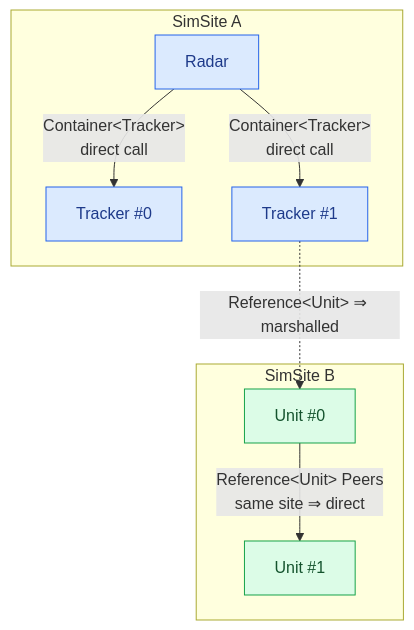
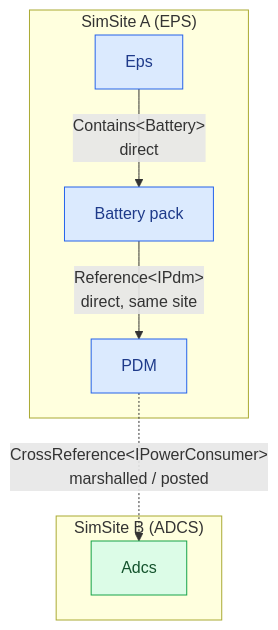
The diagram in public/content/associations.md (SimulaSharp-org/simulasharp-docs), drawn with Mermaid before and after one commit. The commit also changed other lines of this file and 8 other files, not shown here.

First line of the commit message:
docs: reference model v3 — [Reference]/[CrossReference] split + Ref taxonomy

````diff
--- a/public/content/associations.md
+++ b/public/content/associations.md
@@ -34,20 +34,18 @@
 ```mermaid
 graph TB
-  subgraph siteA ["SimSite A"]
-    Radar["Radar"]
-    T0["Tracker #0"]
-    T1["Tracker #1"]
-    Radar -->|"Container&lt;Tracker&gt;<br/>direct call"| T0
-    Radar -->|"Container&lt;Tracker&gt;<br/>direct call"| T1
+  subgraph siteA ["SimSite A (EPS)"]
+    Eps["Eps"]
+    Bp["Battery pack"]
+    Pdm["PDM"]
+    Eps -->|"Contains&lt;Battery&gt;<br/>direct"| Bp
+    Bp -->|"Reference&lt;IPdm&gt;<br/>direct, same site"| Pdm
   end
-  subgraph siteB ["SimSite B"]
-    U0["Unit #0"]
-    U1["Unit #1"]
-    U0 -->|"Reference&lt;Unit&gt; Peers<br/>same site ⇒ direct"| U1
+  subgraph siteB ["SimSite B (ADCS)"]
+    Adcs["Adcs"]
   end
-  T1 -. "Reference&lt;Unit&gt; ⇒ marshalled" .-> U0
+  Pdm -. "CrossReference&lt;IPowerConsumer&gt;<br/>marshalled / posted" .-> Adcs
   classDef a fill:#dbeafe,stroke:#2563eb,color:#1e3a8a;
   classDef b fill:#dcfce7,stroke:#16a34a,color:#14532d;
-  class Radar,T0,T1 a;
-  class U0,U1 b;
+  class Eps,Bp,Pdm a;
+  class Adcs b;
 ```
````
